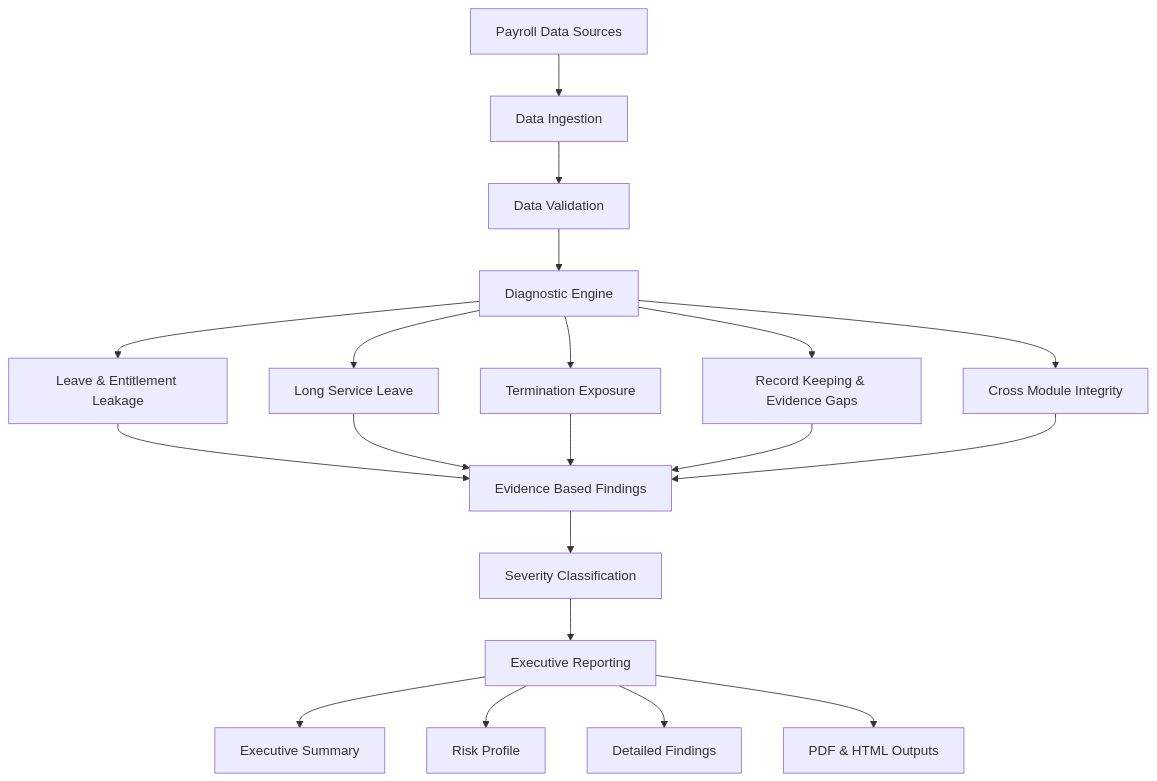
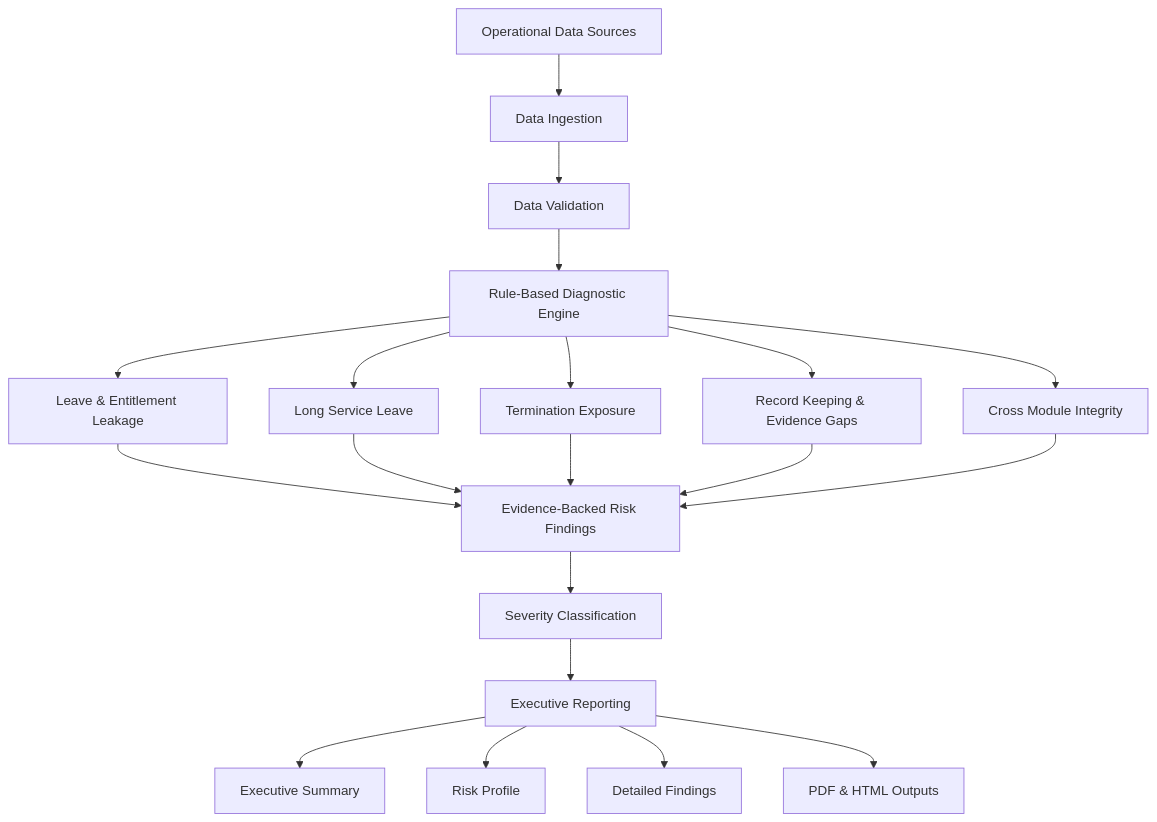
The diagram in README.md (dcrops/payroll-diagnostics-engine), drawn with Mermaid before and after one commit. The commit also changed other lines of this file, not shown here.

````diff
--- a/README.md
+++ b/README.md
@@ -66,30 +85,30 @@
 ```mermaid
 flowchart TD
 
-    A[Payroll Data Sources] --> B[Data Ingestion]
+    A[Operational Data Sources] --> B[Data Ingestion]
 
     B --> C[Data Validation]
 
-    C --> D[Diagnostic Engine]
+    C --> D[Rule-Based Diagnostic Engine]
 
     D --> E1[Leave & Entitlement Leakage]
     D --> E2[Long Service Leave]
     D --> E3[Termination Exposure]
     D --> E4[Record Keeping & Evidence Gaps]
     D --> E5[Cross Module Integrity]
 
-    E1 --> F[Evidence Based Findings]
+    E1 --> F[Evidence-Backed Risk Findings]
     E2 --> F
     E3 --> F
     E4 --> F
     E5 --> F
 
     F --> G[Severity Classification]
 
     G --> H[Executive Reporting]
 
     H --> I1[Executive Summary]
     H --> I2[Risk Profile]
     H --> I3[Detailed Findings]
     H --> I4[PDF & HTML Outputs]
 ```
````
